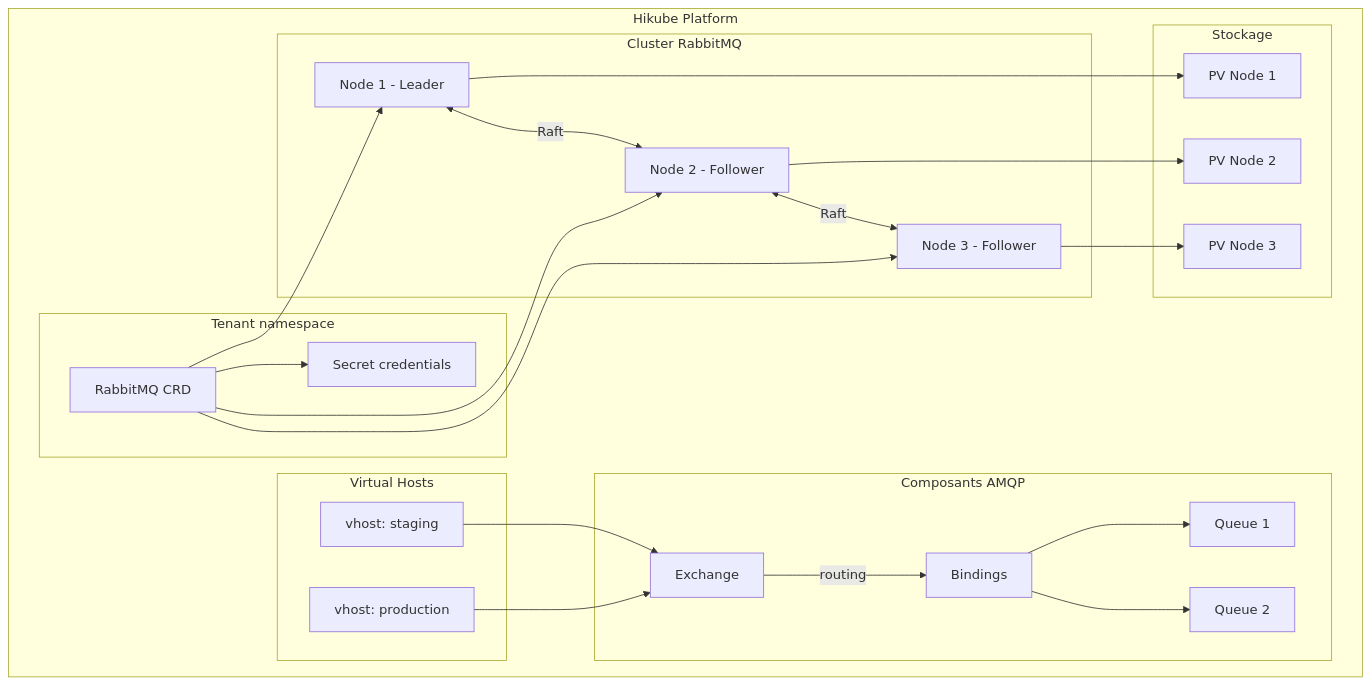
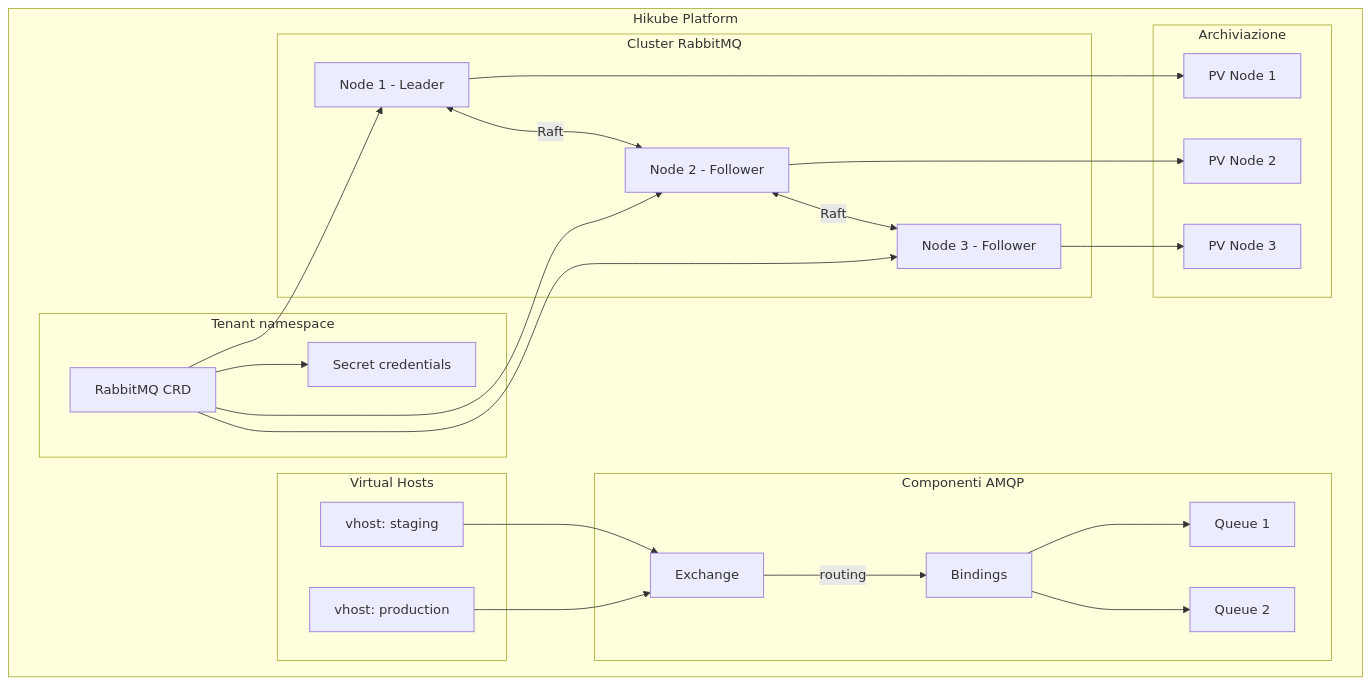
Before and after one commit to HidoraSwiss/hikube-public-doc: the first of 3 diagrams in i18n/it/docusaurus-plugin-content-docs/current/services/messaging/rabbitmq/concepts.md, drawn with Mermaid. The commit also changed other lines of this file and 121 other files, not shown here.

````diff
--- a/i18n/it/docusaurus-plugin-content-docs/current/services/messaging/rabbitmq/concepts.md
+++ b/i18n/it/docusaurus-plugin-content-docs/current/services/messaging/rabbitmq/concepts.md
@@ -12,48 +12,48 @@
 ```mermaid
 graph TB
     subgraph "Hikube Platform"
         subgraph "Tenant namespace"
             CR[RabbitMQ CRD]
             SEC[Secret credentials]
         end
 
         subgraph "Cluster RabbitMQ"
             N1[Node 1 - Leader]
             N2[Node 2 - Follower]
             N3[Node 3 - Follower]
         end
 
-        subgraph "Composants AMQP"
+        subgraph "Componenti AMQP"
             EX[Exchange]
             Q1[Queue 1]
             Q2[Queue 2]
             B[Bindings]
         end
 
-        subgraph "Stockage"
+        subgraph "Archiviazione"
             PV1[PV Node 1]
             PV2[PV Node 2]
             PV3[PV Node 3]
         end
 
         subgraph "Virtual Hosts"
             VH1[vhost: production]
             VH2[vhost: staging]
         end
     end
 
     CR --> N1
     CR --> N2
     CR --> N3
     N1 <-->|Raft| N2
     N2 <-->|Raft| N3
     N1 --> PV1
     N2 --> PV2
     N3 --> PV3
     EX -->|routing| B
     B --> Q1
     B --> Q2
     VH1 --> EX
     VH2 --> EX
     CR --> SEC
 ```
````
